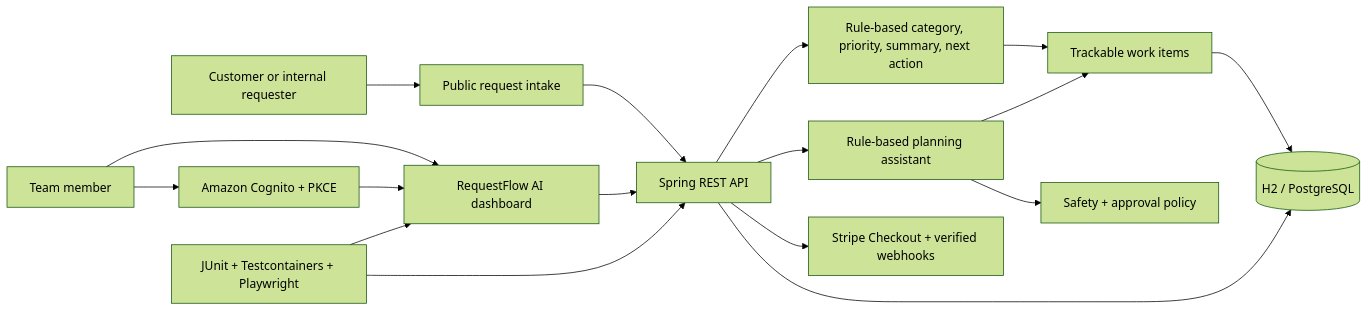
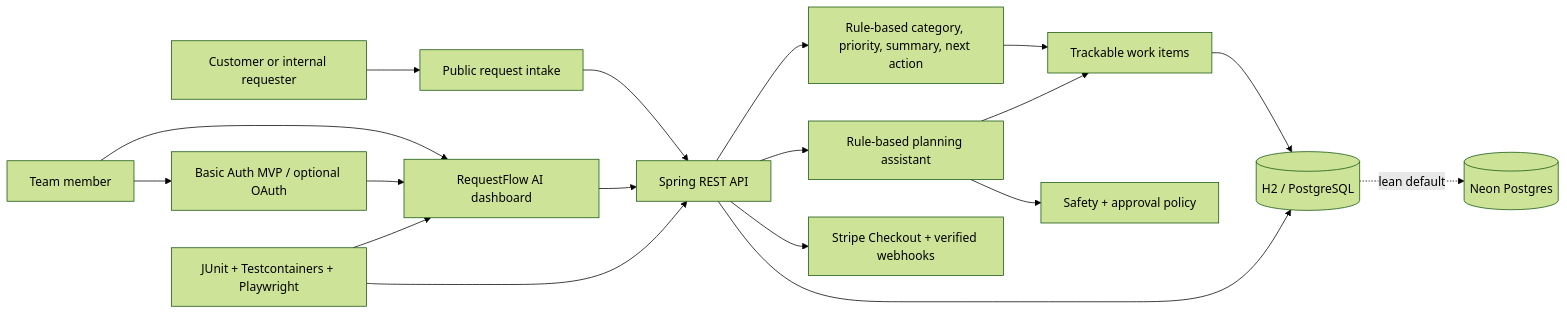
Before and after one commit to jmmmdv/RequestFlowAI: the diagram in README.md, drawn with Mermaid (forest theme). The commit also changed other lines of this file and 32 other files, not shown here.

Commit message:
Migrate MVP deployment from AWS to Neon

````diff
--- a/README.md
+++ b/README.md
@@ -194,19 +217,20 @@
 ```mermaid
 flowchart LR
   Customer["Customer or internal requester"] --> Intake["Public request intake"]
   Intake --> API["Spring REST API"]
   API --> Triage["Rule-based category, priority, summary, next action"]
   Triage --> Work["Trackable work items"]
   Team["Team member"] --> UI["RequestFlow AI dashboard"]
-  Team --> Cognito["Amazon Cognito + PKCE"]
-  Cognito --> UI
+  Team --> Auth["Basic Auth MVP / optional OAuth"]
+  Auth --> UI
   UI --> API
   API --> Assistant["Rule-based planning assistant"]
   Assistant --> Policy["Safety + approval policy"]
   Assistant --> Work
   Work --> DB[("H2 / PostgreSQL")]
   API --> DB
   API --> Stripe["Stripe Checkout + verified webhooks"]
+  DB -. lean default .-> Neon[("Neon Postgres")]
   Tests["JUnit + Testcontainers + Playwright"] --> API
   Tests --> UI
 ```
````
